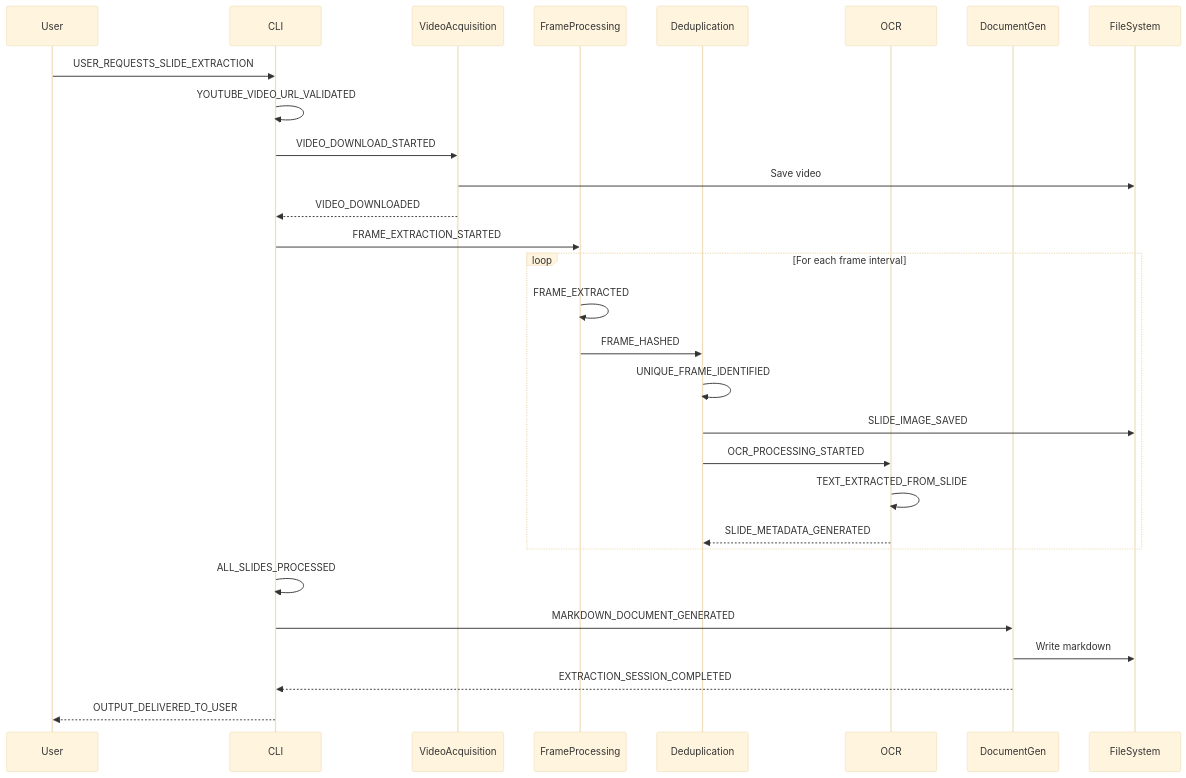
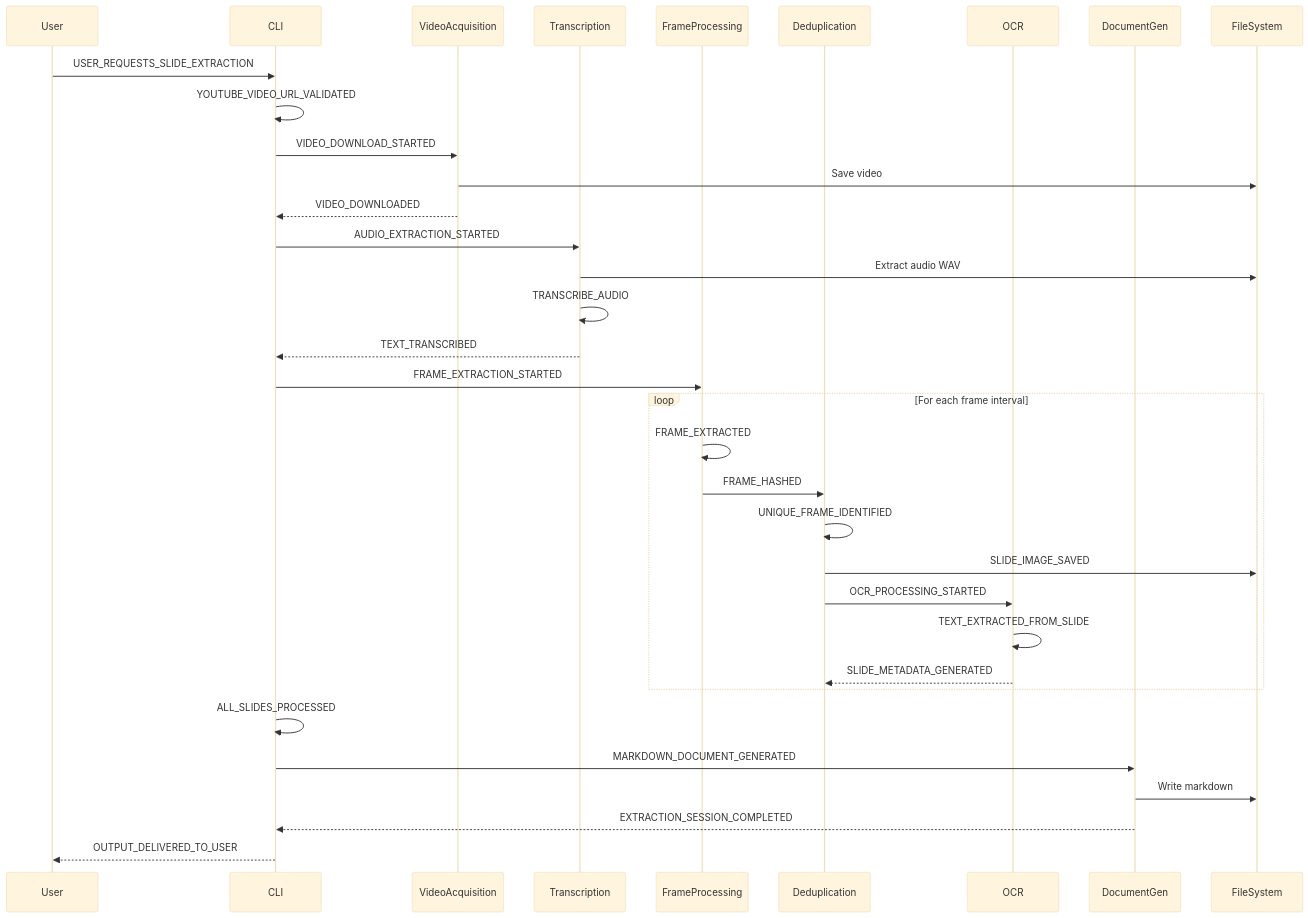
Before and after one commit to ragavsathish/yt-sl: the first of 6 diagrams in docs/EVENTSTORMING.md, drawn with Mermaid (base theme). The commit also changed other lines of this file, not shown here.

Commit message:
docs: update EVENTSTORMING.md with transcription user story

````diff
--- a/docs/EVENTSTORMING.md
+++ b/docs/EVENTSTORMING.md
@@ -62,32 +65,37 @@
 ```mermaid
 sequenceDiagram
     participant User
     participant CLI
     participant VideoAcquisition
+    participant Transcription
     participant FrameProcessing
     participant Deduplication
     participant OCR
     participant DocumentGen
     participant FileSystem
 
     User->>CLI: USER_REQUESTS_SLIDE_EXTRACTION
     CLI->>CLI: YOUTUBE_VIDEO_URL_VALIDATED
     CLI->>VideoAcquisition: VIDEO_DOWNLOAD_STARTED
     VideoAcquisition->>FileSystem: Save video
     VideoAcquisition-->>CLI: VIDEO_DOWNLOADED
+    CLI->>Transcription: AUDIO_EXTRACTION_STARTED
+    Transcription->>FileSystem: Extract audio WAV
+    Transcription->>Transcription: TRANSCRIBE_AUDIO
+    Transcription-->>CLI: TEXT_TRANSCRIBED
     CLI->>FrameProcessing: FRAME_EXTRACTION_STARTED
     loop For each frame interval
         FrameProcessing->>FrameProcessing: FRAME_EXTRACTED
         FrameProcessing->>Deduplication: FRAME_HASHED
         Deduplication->>Deduplication: UNIQUE_FRAME_IDENTIFIED
         Deduplication->>FileSystem: SLIDE_IMAGE_SAVED
         Deduplication->>OCR: OCR_PROCESSING_STARTED
         OCR->>OCR: TEXT_EXTRACTED_FROM_SLIDE
         OCR-->>Deduplication: SLIDE_METADATA_GENERATED
     end
     CLI->>CLI: ALL_SLIDES_PROCESSED
     CLI->>DocumentGen: MARKDOWN_DOCUMENT_GENERATED
     DocumentGen->>FileSystem: Write markdown
     DocumentGen-->>CLI: EXTRACTION_SESSION_COMPLETED
     CLI-->>User: OUTPUT_DELIVERED_TO_USER
 ```
````
